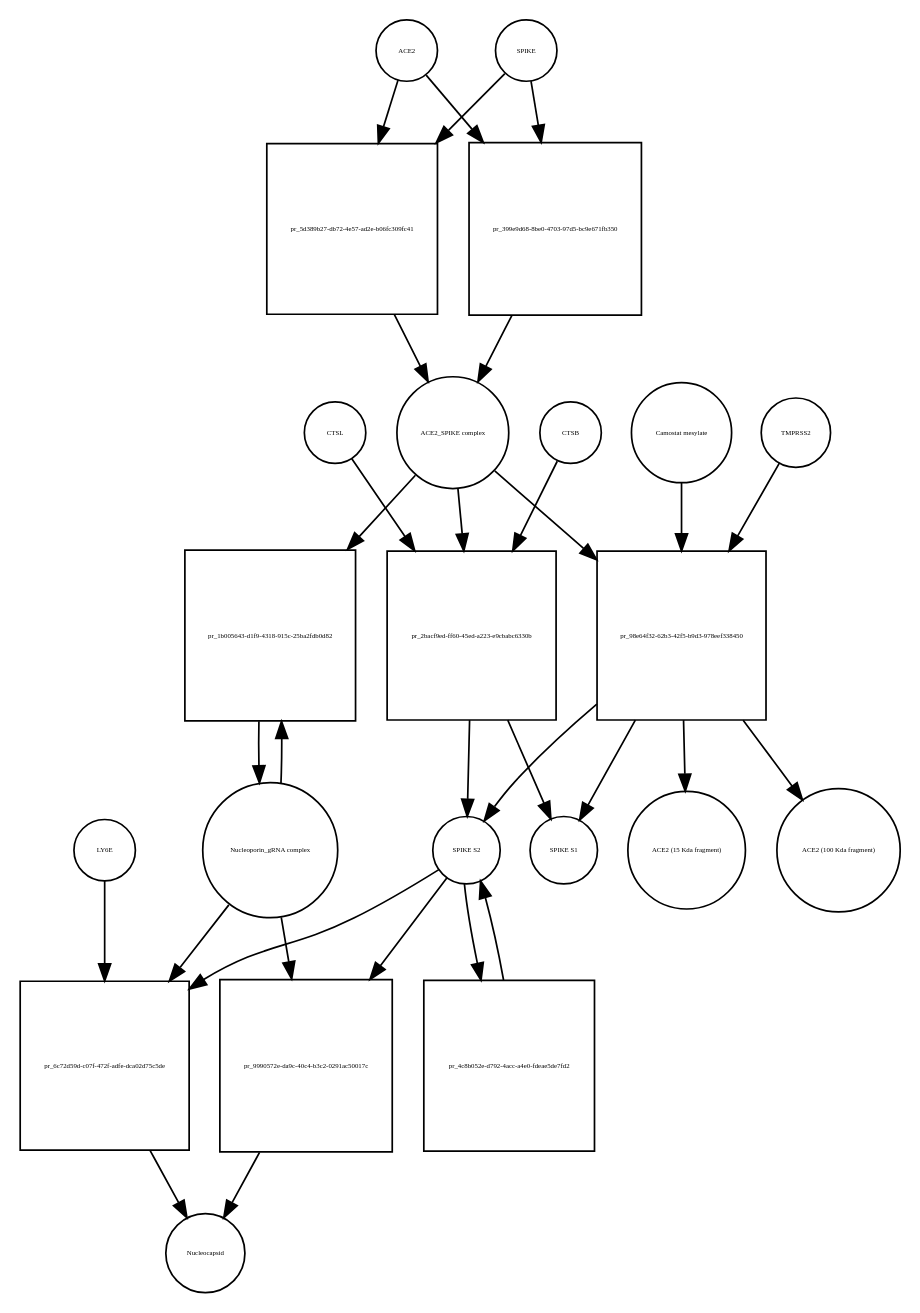
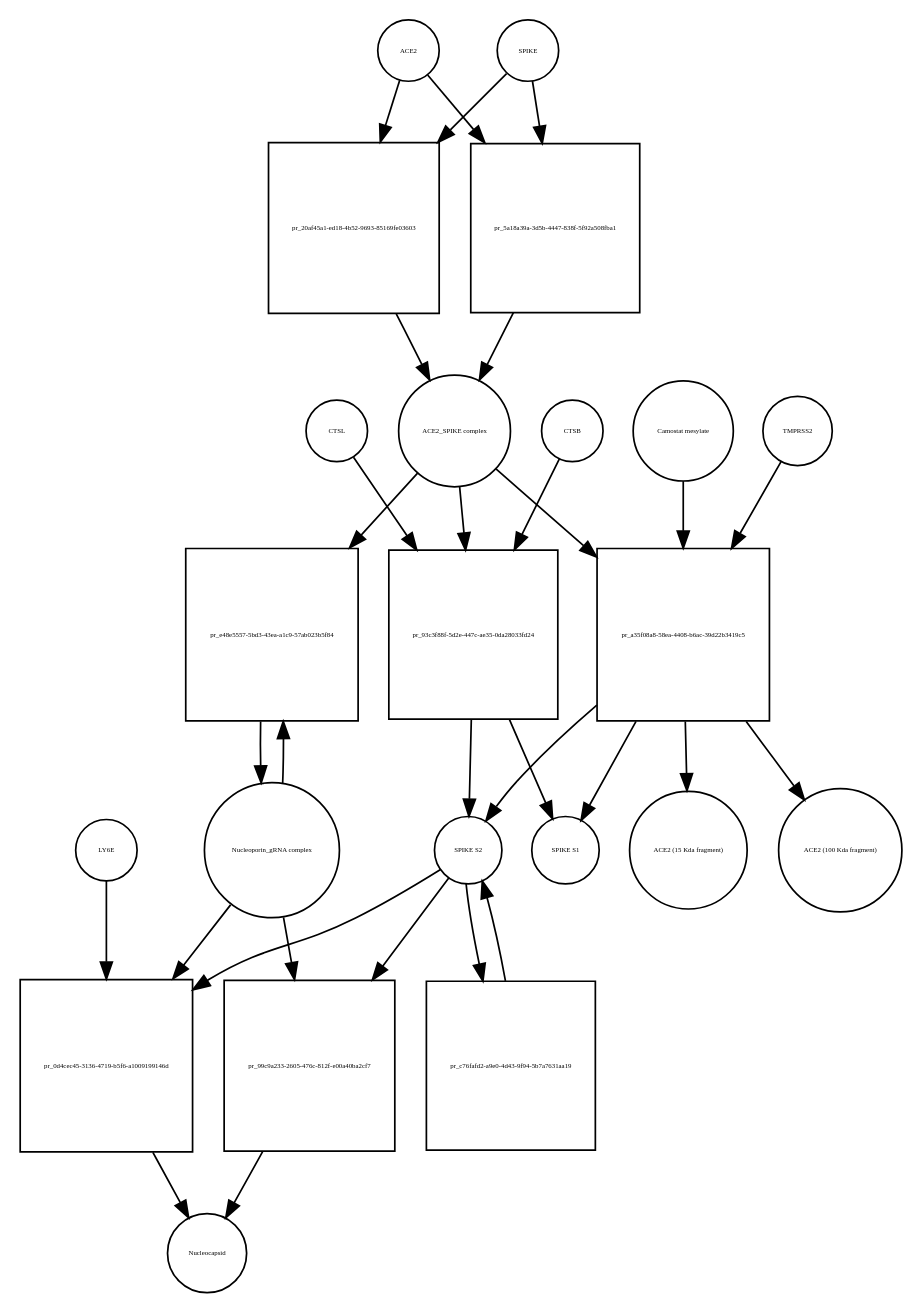
The diagram in Virus_replication_cycle_V02.xml_bipartite.dot (cannin/covid19-sbgn), drawn with Graphviz before and after one commit. The commit also changed 530 other files, not shown here.

```diff
--- a/Virus_replication_cycle_V02.xml_bipartite.dot
+++ b/Virus_replication_cycle_V02.xml_bipartite.dot
@@ -1,54 +1,54 @@
 strict digraph  {
 ACE2 [annotation="", bipartite=0, cls=macromolecule, fontsize=4, label=ACE2, shape=circle];
-"pr_5d389b27-db72-4e57-ad2e-b06fc309fc41" [annotation="", bipartite=1, cls=process, fontsize=4, label="pr_5d389b27-db72-4e57-ad2e-b06fc309fc41", shape=square];
+"pr_20af45a1-ed18-4b52-9693-85169fe03603" [annotation="", bipartite=1, cls=process, fontsize=4, label="pr_20af45a1-ed18-4b52-9693-85169fe03603", shape=square];
 "ACE2_SPIKE complex" [annotation="", bipartite=0, cls=complex, fontsize=4, label="ACE2_SPIKE complex", shape=circle];
 SPIKE [annotation="", bipartite=0, cls="macromolecule multimer", fontsize=4, label=SPIKE, shape=circle];
 "Nucleoporin_gRNA complex " [annotation="", bipartite=0, cls=complex, fontsize=4, label="Nucleoporin_gRNA complex ", shape=circle];
-"pr_1b005643-d1f9-4318-915c-25ba2fdb0d82" [annotation="", bipartite=1, cls=process, fontsize=4, label="pr_1b005643-d1f9-4318-915c-25ba2fdb0d82", shape=square];
-"pr_2bacf9ed-ff60-45ed-a223-e9cbabc6330b" [annotation="", bipartite=1, cls=process, fontsize=4, label="pr_2bacf9ed-ff60-45ed-a223-e9cbabc6330b", shape=square];
+"pr_e48e5557-5bd3-43ea-a1c9-57ab023b5f84" [annotation="", bipartite=1, cls=process, fontsize=4, label="pr_e48e5557-5bd3-43ea-a1c9-57ab023b5f84", shape=square];
+"pr_93c3f88f-5d2e-447c-ae35-0da28033fd24" [annotation="", bipartite=1, cls=process, fontsize=4, label="pr_93c3f88f-5d2e-447c-ae35-0da28033fd24", shape=square];
 "SPIKE S2" [annotation="", bipartite=0, cls=macromolecule, fontsize=4, label="SPIKE S2", shape=circle];
 CTSB [annotation="", bipartite=0, cls=macromolecule, fontsize=4, label=CTSB, shape=circle];
 CTSL [annotation="", bipartite=0, cls=macromolecule, fontsize=4, label=CTSL, shape=circle];
 "SPIKE S1" [annotation="", bipartite=0, cls=macromolecule, fontsize=4, label="SPIKE S1", shape=circle];
-"pr_98e64f32-62b3-42f5-b9d3-978eef338450" [annotation="", bipartite=1, cls=process, fontsize=4, label="pr_98e64f32-62b3-42f5-b9d3-978eef338450", shape=square];
+"pr_a35f08a8-58ea-4408-b6ac-39d22b3419c5" [annotation="", bipartite=1, cls=process, fontsize=4, label="pr_a35f08a8-58ea-4408-b6ac-39d22b3419c5", shape=square];
 TMPRSS2 [annotation="", bipartite=0, cls=macromolecule, fontsize=4, label=TMPRSS2, shape=circle];
 "Camostat mesylate" [annotation="urn_miriam_pubchem.compound_2536", bipartite=0, cls="simple chemical", fontsize=4, label="Camostat mesylate", shape=circle];
 "ACE2 (15 Kda fragment)" [annotation="", bipartite=0, cls=macromolecule, fontsize=4, label="ACE2 (15 Kda fragment)", shape=circle];
 "ACE2 (100 Kda fragment)" [annotation="", bipartite=0, cls=macromolecule, fontsize=4, label="ACE2 (100 Kda fragment)", shape=circle];
-"pr_399e9d68-8be0-4703-97d5-bc9e671fb350" [annotation="", bipartite=1, cls=process, fontsize=4, label="pr_399e9d68-8be0-4703-97d5-bc9e671fb350", shape=square];
-"pr_6c72d59d-c07f-472f-adfe-dca02d75c5de" [annotation="", bipartite=1, cls=process, fontsize=4, label="pr_6c72d59d-c07f-472f-adfe-dca02d75c5de", shape=square];
+"pr_5a18a39a-3d5b-4447-838f-5f92a508fba1" [annotation="", bipartite=1, cls=process, fontsize=4, label="pr_5a18a39a-3d5b-4447-838f-5f92a508fba1", shape=square];
+"pr_0d4cec45-3136-4719-b5f6-a1009199146d" [annotation="", bipartite=1, cls=process, fontsize=4, label="pr_0d4cec45-3136-4719-b5f6-a1009199146d", shape=square];
 Nucleocapsid [annotation="", bipartite=0, cls=complex, fontsize=4, label=Nucleocapsid, shape=circle];
 LY6E [annotation="", bipartite=0, cls=macromolecule, fontsize=4, label=LY6E, shape=circle];
-"pr_4c8b052e-d792-4acc-a4e0-fdeae5de7fd2" [annotation="", bipartite=1, cls=process, fontsize=4, label="pr_4c8b052e-d792-4acc-a4e0-fdeae5de7fd2", shape=square];
-"pr_9990572e-da9c-40c4-b3c2-0291ac50017c" [annotation="", bipartite=1, cls=process, fontsize=4, label="pr_9990572e-da9c-40c4-b3c2-0291ac50017c", shape=square];
-ACE2 -> "pr_5d389b27-db72-4e57-ad2e-b06fc309fc41"  [annotation="", interaction_type=consumption];
-ACE2 -> "pr_399e9d68-8be0-4703-97d5-bc9e671fb350"  [annotation="", interaction_type=consumption];
-"pr_5d389b27-db72-4e57-ad2e-b06fc309fc41" -> "ACE2_SPIKE complex"  [annotation="", interaction_type=production];
-"ACE2_SPIKE complex" -> "pr_1b005643-d1f9-4318-915c-25ba2fdb0d82"  [annotation="urn_miriam_pubmed_32142651|urn_miriam_pubmed_32094589", interaction_type=stimulation];
-"ACE2_SPIKE complex" -> "pr_2bacf9ed-ff60-45ed-a223-e9cbabc6330b"  [annotation="", interaction_type=consumption];
-"ACE2_SPIKE complex" -> "pr_98e64f32-62b3-42f5-b9d3-978eef338450"  [annotation="", interaction_type=consumption];
-SPIKE -> "pr_5d389b27-db72-4e57-ad2e-b06fc309fc41"  [annotation="", interaction_type=consumption];
-SPIKE -> "pr_399e9d68-8be0-4703-97d5-bc9e671fb350"  [annotation="", interaction_type=consumption];
-"Nucleoporin_gRNA complex " -> "pr_1b005643-d1f9-4318-915c-25ba2fdb0d82"  [annotation="", interaction_type=consumption];
-"Nucleoporin_gRNA complex " -> "pr_6c72d59d-c07f-472f-adfe-dca02d75c5de"  [annotation="", interaction_type=consumption];
-"Nucleoporin_gRNA complex " -> "pr_9990572e-da9c-40c4-b3c2-0291ac50017c"  [annotation="", interaction_type=consumption];
-"pr_1b005643-d1f9-4318-915c-25ba2fdb0d82" -> "Nucleoporin_gRNA complex "  [annotation="", interaction_type=production];
-"pr_2bacf9ed-ff60-45ed-a223-e9cbabc6330b" -> "SPIKE S2"  [annotation="", interaction_type=production];
-"pr_2bacf9ed-ff60-45ed-a223-e9cbabc6330b" -> "SPIKE S1"  [annotation="", interaction_type=production];
-"SPIKE S2" -> "pr_6c72d59d-c07f-472f-adfe-dca02d75c5de"  [annotation="urn_miriam_doi_10.1101%2F2020.03.05.979260|urn_miriam_doi_10.1101%2F2020.04.02.021469", interaction_type=stimulation];
-"SPIKE S2" -> "pr_4c8b052e-d792-4acc-a4e0-fdeae5de7fd2"  [annotation="", interaction_type=consumption];
-"SPIKE S2" -> "pr_9990572e-da9c-40c4-b3c2-0291ac50017c"  [annotation="", interaction_type=stimulation];
-CTSB -> "pr_2bacf9ed-ff60-45ed-a223-e9cbabc6330b"  [annotation=urn_miriam_pubmed_32142651, interaction_type=catalysis];
-CTSL -> "pr_2bacf9ed-ff60-45ed-a223-e9cbabc6330b"  [annotation=urn_miriam_pubmed_32142651, interaction_type=catalysis];
-"pr_98e64f32-62b3-42f5-b9d3-978eef338450" -> "SPIKE S2"  [annotation="", interaction_type=production];
-"pr_98e64f32-62b3-42f5-b9d3-978eef338450" -> "SPIKE S1"  [annotation="", interaction_type=production];
-"pr_98e64f32-62b3-42f5-b9d3-978eef338450" -> "ACE2 (15 Kda fragment)"  [annotation="", interaction_type=production];
-"pr_98e64f32-62b3-42f5-b9d3-978eef338450" -> "ACE2 (100 Kda fragment)"  [annotation="", interaction_type=production];
-TMPRSS2 -> "pr_98e64f32-62b3-42f5-b9d3-978eef338450"  [annotation="urn_miriam_pubmed_32142651|urn_miriam_pubmed_32094589|urn_miriam_pubmed_24227843", interaction_type=catalysis];
-"Camostat mesylate" -> "pr_98e64f32-62b3-42f5-b9d3-978eef338450"  [annotation="urn_miriam_pubmed_32142651|urn_miriam_pubmed_32094589|urn_miriam_pubmed_24227843", interaction_type=inhibition];
-"pr_399e9d68-8be0-4703-97d5-bc9e671fb350" -> "ACE2_SPIKE complex"  [annotation="", interaction_type=production];
-"pr_6c72d59d-c07f-472f-adfe-dca02d75c5de" -> Nucleocapsid  [annotation="", interaction_type=production];
-LY6E -> "pr_6c72d59d-c07f-472f-adfe-dca02d75c5de"  [annotation="urn_miriam_doi_10.1101%2F2020.03.05.979260|urn_miriam_doi_10.1101%2F2020.04.02.021469", interaction_type=inhibition];
-"pr_4c8b052e-d792-4acc-a4e0-fdeae5de7fd2" -> "SPIKE S2"  [annotation="", interaction_type=production];
-"pr_9990572e-da9c-40c4-b3c2-0291ac50017c" -> Nucleocapsid  [annotation="", interaction_type=production];
+"pr_c76fafd2-a9e0-4d43-9f94-5b7a7631aa19" [annotation="", bipartite=1, cls=process, fontsize=4, label="pr_c76fafd2-a9e0-4d43-9f94-5b7a7631aa19", shape=square];
+"pr_99c9a233-2605-476c-812f-e00a40ba2cf7" [annotation="", bipartite=1, cls=process, fontsize=4, label="pr_99c9a233-2605-476c-812f-e00a40ba2cf7", shape=square];
+ACE2 -> "pr_20af45a1-ed18-4b52-9693-85169fe03603"  [annotation="", interaction_type=consumption];
+ACE2 -> "pr_5a18a39a-3d5b-4447-838f-5f92a508fba1"  [annotation="", interaction_type=consumption];
+"pr_20af45a1-ed18-4b52-9693-85169fe03603" -> "ACE2_SPIKE complex"  [annotation="", interaction_type=production];
+"ACE2_SPIKE complex" -> "pr_e48e5557-5bd3-43ea-a1c9-57ab023b5f84"  [annotation="urn_miriam_pubmed_32142651|urn_miriam_pubmed_32094589", interaction_type=stimulation];
+"ACE2_SPIKE complex" -> "pr_93c3f88f-5d2e-447c-ae35-0da28033fd24"  [annotation="", interaction_type=consumption];
+"ACE2_SPIKE complex" -> "pr_a35f08a8-58ea-4408-b6ac-39d22b3419c5"  [annotation="", interaction_type=consumption];
+SPIKE -> "pr_20af45a1-ed18-4b52-9693-85169fe03603"  [annotation="", interaction_type=consumption];
+SPIKE -> "pr_5a18a39a-3d5b-4447-838f-5f92a508fba1"  [annotation="", interaction_type=consumption];
+"Nucleoporin_gRNA complex " -> "pr_e48e5557-5bd3-43ea-a1c9-57ab023b5f84"  [annotation="", interaction_type=consumption];
+"Nucleoporin_gRNA complex " -> "pr_0d4cec45-3136-4719-b5f6-a1009199146d"  [annotation="", interaction_type=consumption];
+"Nucleoporin_gRNA complex " -> "pr_99c9a233-2605-476c-812f-e00a40ba2cf7"  [annotation="", interaction_type=consumption];
+"pr_e48e5557-5bd3-43ea-a1c9-57ab023b5f84" -> "Nucleoporin_gRNA complex "  [annotation="", interaction_type=production];
+"pr_93c3f88f-5d2e-447c-ae35-0da28033fd24" -> "SPIKE S2"  [annotation="", interaction_type=production];
+"pr_93c3f88f-5d2e-447c-ae35-0da28033fd24" -> "SPIKE S1"  [annotation="", interaction_type=production];
+"SPIKE S2" -> "pr_0d4cec45-3136-4719-b5f6-a1009199146d"  [annotation="urn_miriam_doi_10.1101%2F2020.03.05.979260|urn_miriam_doi_10.1101%2F2020.04.02.021469", interaction_type=stimulation];
+"SPIKE S2" -> "pr_c76fafd2-a9e0-4d43-9f94-5b7a7631aa19"  [annotation="", interaction_type=consumption];
+"SPIKE S2" -> "pr_99c9a233-2605-476c-812f-e00a40ba2cf7"  [annotation="", interaction_type=stimulation];
+CTSB -> "pr_93c3f88f-5d2e-447c-ae35-0da28033fd24"  [annotation=urn_miriam_pubmed_32142651, interaction_type=catalysis];
+CTSL -> "pr_93c3f88f-5d2e-447c-ae35-0da28033fd24"  [annotation=urn_miriam_pubmed_32142651, interaction_type=catalysis];
+"pr_a35f08a8-58ea-4408-b6ac-39d22b3419c5" -> "SPIKE S2"  [annotation="", interaction_type=production];
+"pr_a35f08a8-58ea-4408-b6ac-39d22b3419c5" -> "SPIKE S1"  [annotation="", interaction_type=production];
+"pr_a35f08a8-58ea-4408-b6ac-39d22b3419c5" -> "ACE2 (15 Kda fragment)"  [annotation="", interaction_type=production];
+"pr_a35f08a8-58ea-4408-b6ac-39d22b3419c5" -> "ACE2 (100 Kda fragment)"  [annotation="", interaction_type=production];
+TMPRSS2 -> "pr_a35f08a8-58ea-4408-b6ac-39d22b3419c5"  [annotation="urn_miriam_pubmed_32142651|urn_miriam_pubmed_32094589|urn_miriam_pubmed_24227843", interaction_type=catalysis];
+"Camostat mesylate" -> "pr_a35f08a8-58ea-4408-b6ac-39d22b3419c5"  [annotation="urn_miriam_pubmed_32142651|urn_miriam_pubmed_32094589|urn_miriam_pubmed_24227843", interaction_type=inhibition];
+"pr_5a18a39a-3d5b-4447-838f-5f92a508fba1" -> "ACE2_SPIKE complex"  [annotation="", interaction_type=production];
+"pr_0d4cec45-3136-4719-b5f6-a1009199146d" -> Nucleocapsid  [annotation="", interaction_type=production];
+LY6E -> "pr_0d4cec45-3136-4719-b5f6-a1009199146d"  [annotation="urn_miriam_doi_10.1101%2F2020.03.05.979260|urn_miriam_doi_10.1101%2F2020.04.02.021469", interaction_type=inhibition];
+"pr_c76fafd2-a9e0-4d43-9f94-5b7a7631aa19" -> "SPIKE S2"  [annotation="", interaction_type=production];
+"pr_99c9a233-2605-476c-812f-e00a40ba2cf7" -> Nucleocapsid  [annotation="", interaction_type=production];
 }
```
